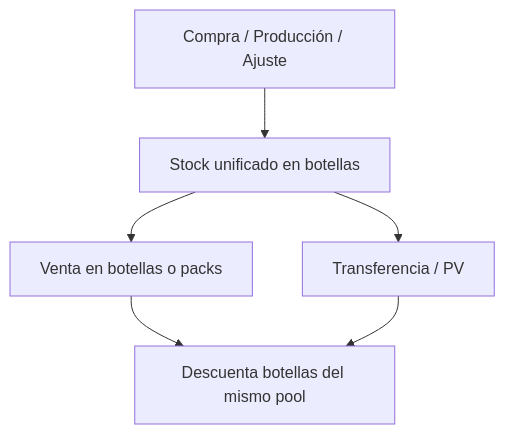
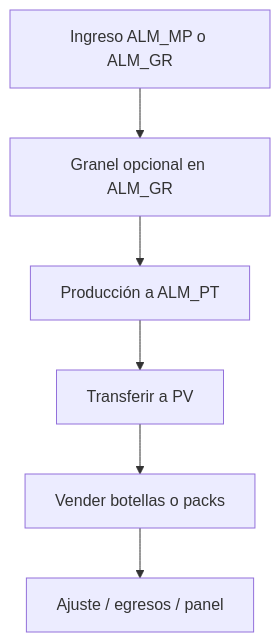
One commit to viziasac/web_bodegasantamaria changed the diagram in docs/00_resumen_general_vizia_web.md. Above: the diagram before and after it, drawn with Mermaid. The commit also changed other lines of this file and 8 other files, not shown here.

````diff
--- a/docs/00_resumen_general_vizia_web.md
+++ b/docs/00_resumen_general_vizia_web.md
@@ -22,8 +42,8 @@
 ```mermaid
 flowchart TD
-  A[Compra / Producción / Ajuste] --> B[Stock unificado en botellas]
-  B --> C[Venta en botellas o packs]
-  C --> D[Descuenta botellas del mismo pool]
-  B --> E[Transferencia / PV]
-  E --> D
+  A[Ingreso ALM_MP o ALM_GR] --> B[Granel opcional en ALM_GR]
+  B --> C[Producción a ALM_PT]
+  C --> D[Transferir a PV]
+  D --> E[Vender botellas o packs]
+  E --> F[Ajuste / egresos / panel]
 ```
````
